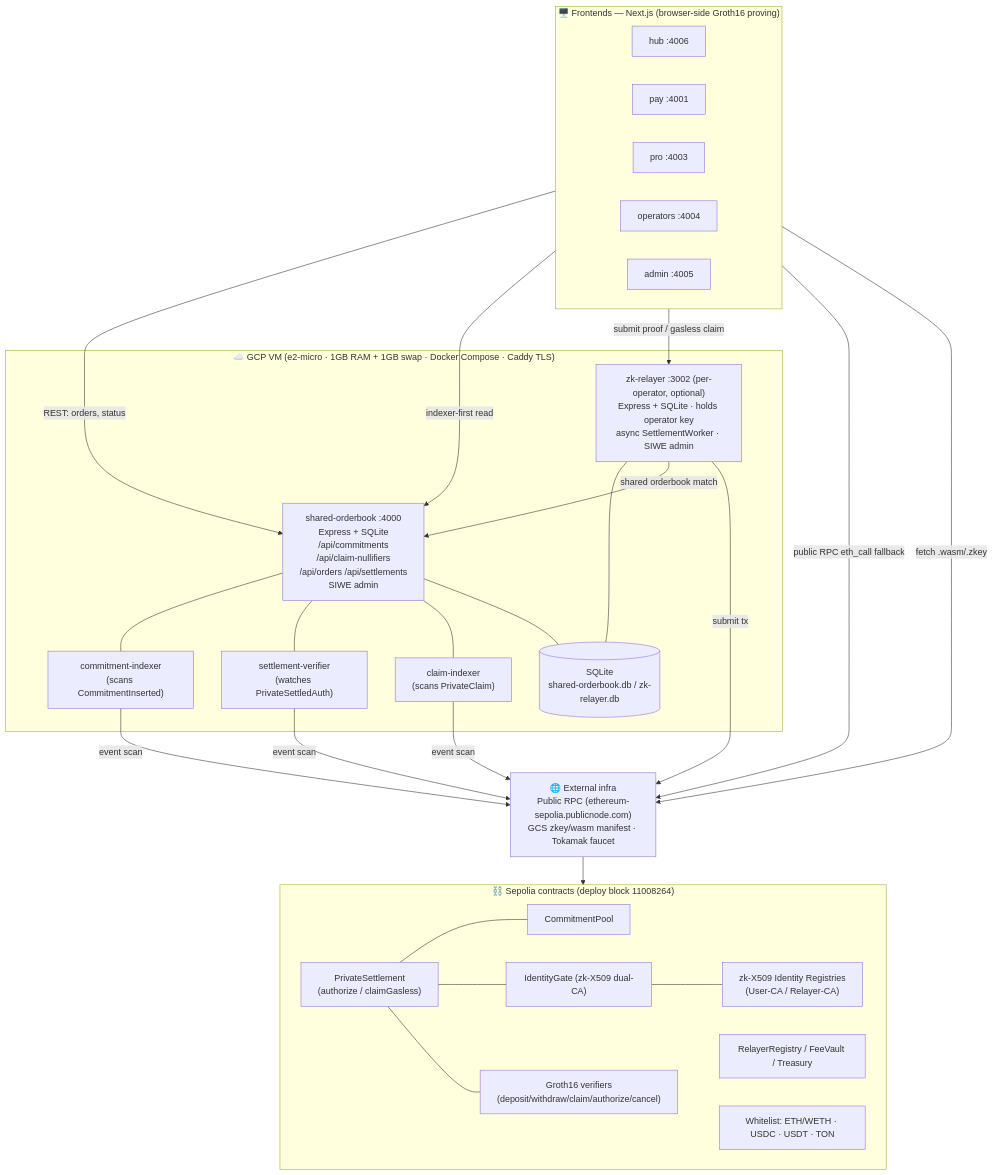
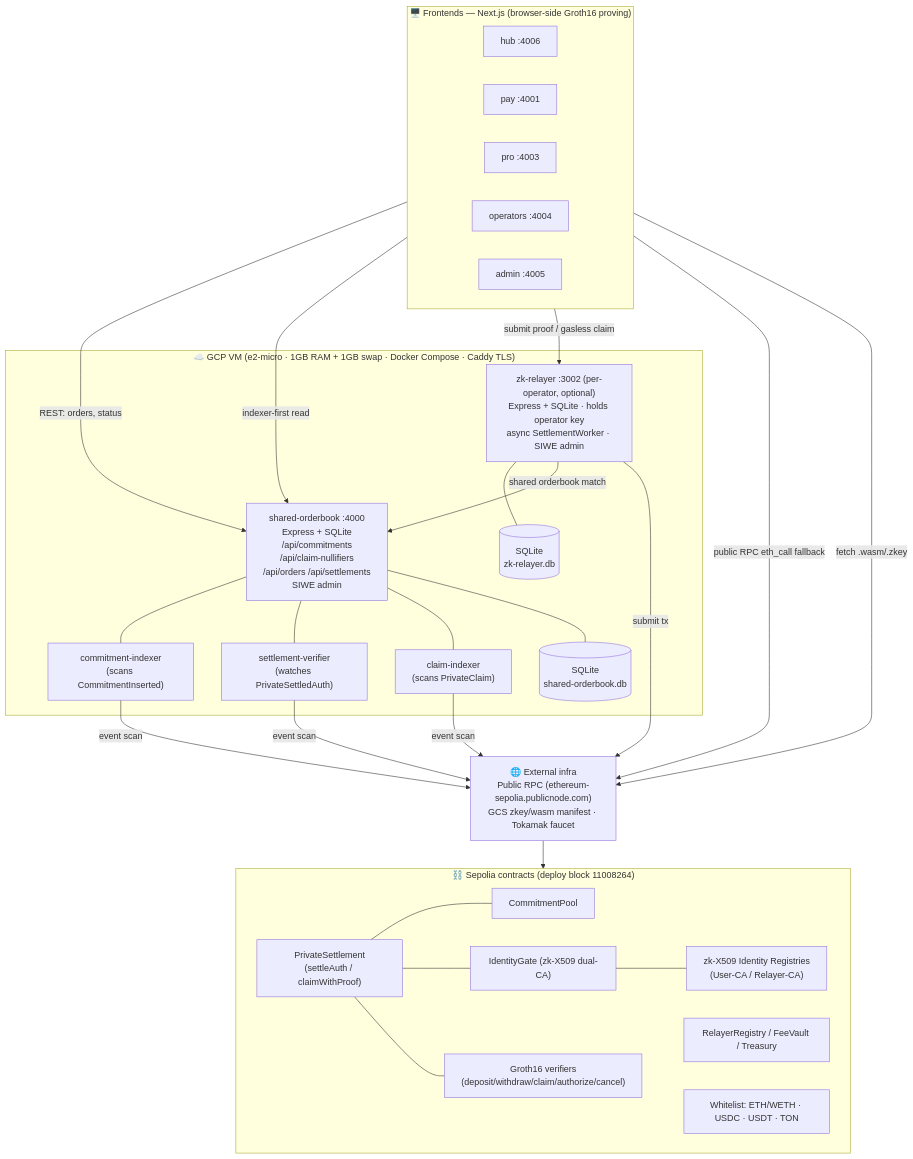
Before and after one commit to tokamak-network/scatter-dex: the diagram in docs/operations/sepolia-architecture.md, drawn with Mermaid. The commit also changed other lines of this file, not shown here.

````diff
--- a/docs/operations/sepolia-architecture.md
+++ b/docs/operations/sepolia-architecture.md
@@ -13,46 +13,47 @@
 ```mermaid
 flowchart TB
   subgraph Client["🖥️ Frontends — Next.js (browser-side Groth16 proving)"]
     HUB["hub :4006"]
     PAY["pay :4001"]
     PRO["pro :4003"]
     OPS["operators :4004"]
     ADMIN["admin :4005"]
   end
 
   subgraph VM["☁️ GCP VM (e2-micro · 1GB RAM + 1GB swap · Docker Compose · Caddy TLS)"]
     OB["shared-orderbook :4000<br/>Express + SQLite<br/>/api/commitments<br/>/api/claim-nullifiers<br/>/api/orders /api/settlements<br/>SIWE admin"]
     IDX1["commitment-indexer<br/>(scans CommitmentInserted)"]
     IDX2["settlement-verifier<br/>(watches PrivateSettledAuth)"]
     IDX3["claim-indexer<br/>(scans PrivateClaim)"]
     REL["zk-relayer :3002 (per-operator, optional)<br/>Express + SQLite · holds operator key<br/>async SettlementWorker · SIWE admin"]
-    DB[("SQLite<br/>shared-orderbook.db / zk-relayer.db")]
+    DB_OB[("SQLite<br/>shared-orderbook.db")]
+    DB_REL[("SQLite<br/>zk-relayer.db")]
   end
 
   subgraph Chain["⛓️ Sepolia contracts (deploy block 11008264)"]
     CP["CommitmentPool"]
-    PS["PrivateSettlement<br/>(authorize / claimGasless)"]
+    PS["PrivateSettlement<br/>(settleAuth / claimWithProof)"]
     IG["IdentityGate (zk-X509 dual-CA)"]
     REG["RelayerRegistry / FeeVault / Treasury"]
     VER["Groth16 verifiers<br/>(deposit/withdraw/claim/authorize/cancel)"]
     X509["zk-X509 Identity Registries<br/>(User-CA / Relayer-CA)"]
     TOK["Whitelist: ETH/WETH · USDC · USDT · TON"]
   end
 
   EXT["🌐 External infra<br/>Public RPC (ethereum-sepolia.publicnode.com)<br/>GCS zkey/wasm manifest · Tokamak faucet"]
 
   Client -->|REST: orders, status| OB
   Client -->|indexer-first read| OB
   Client -->|submit proof / gasless claim| REL
   Client -->|public RPC eth_call fallback| EXT
   Client -->|fetch .wasm/.zkey| EXT
   OB --- IDX1 & IDX2 & IDX3
-  OB --- DB
-  REL --- DB
+  OB --- DB_OB
+  REL --- DB_REL
   REL -->|shared orderbook match| OB
   IDX1 & IDX2 & IDX3 -->|event scan| EXT
   REL -->|submit tx| EXT
   EXT --> Chain
   PS --- CP & IG & VER
   IG --- X509
 ```
````
